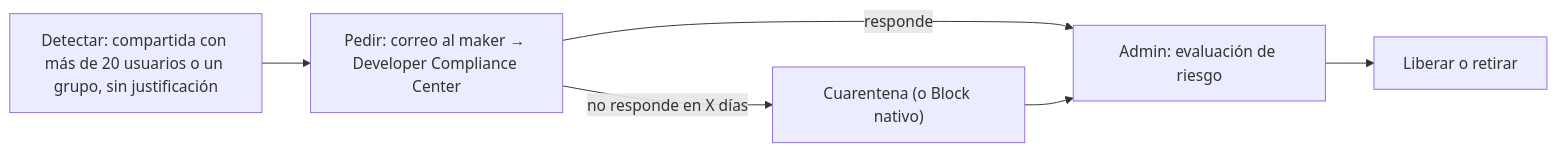
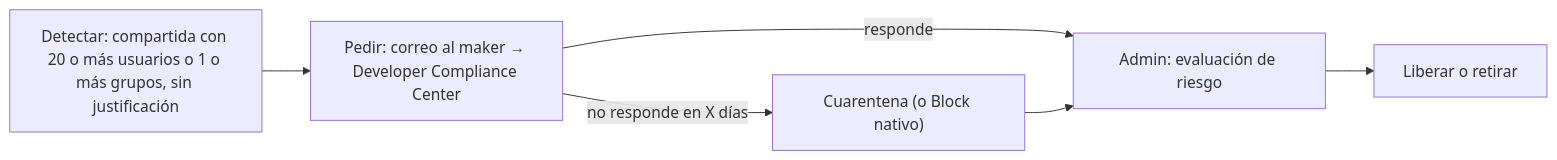
The diagram in app-elearning/content/modules/arquitecto/32-coe-starter-kit-y-administracion-a-escala.md (EdwingAlarcon/PlanEstudio), drawn with Mermaid before and after one commit. The commit also changed other lines of this file and 132 other files, not shown here.

````diff
--- a/app-elearning/content/modules/arquitecto/32-coe-starter-kit-y-administracion-a-escala.md
+++ b/app-elearning/content/modules/arquitecto/32-coe-starter-kit-y-administracion-a-escala.md
@@ -128,8 +128,8 @@
 ```mermaid
 graph LR
-  A["Detectar: compartida con más de 20 usuarios o un grupo, sin justificación"] --> B["Pedir: correo al maker → Developer Compliance Center"]
+  A["Detectar: compartida con 20 o más usuarios o 1 o más grupos, sin justificación"] --> B["Pedir: correo al maker → Developer Compliance Center"]
   B -->|"responde"| C["Admin: evaluación de riesgo"]
   B -->|"no responde en X días"| D["Cuarentena (o Block nativo)"]
   D --> C
   C --> E["Liberar o retirar"]
 ```
````
